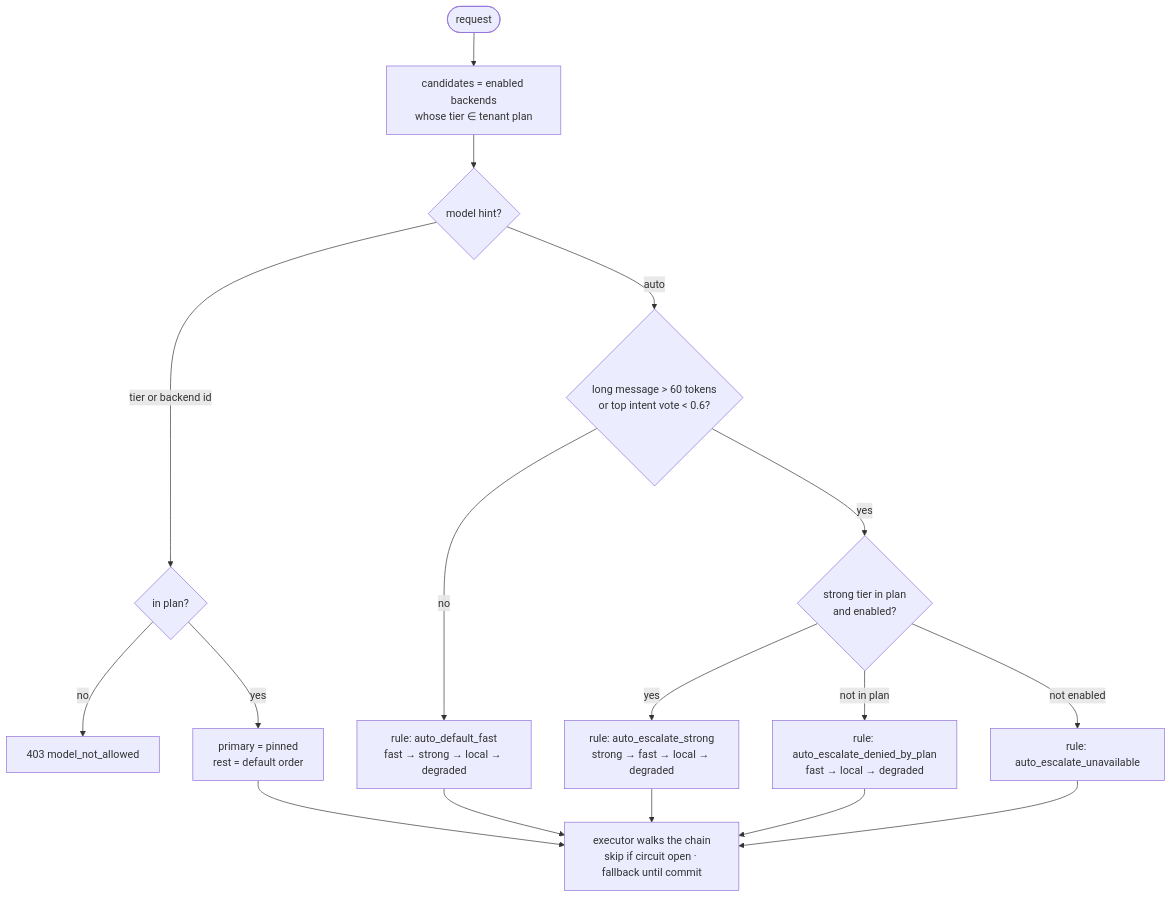
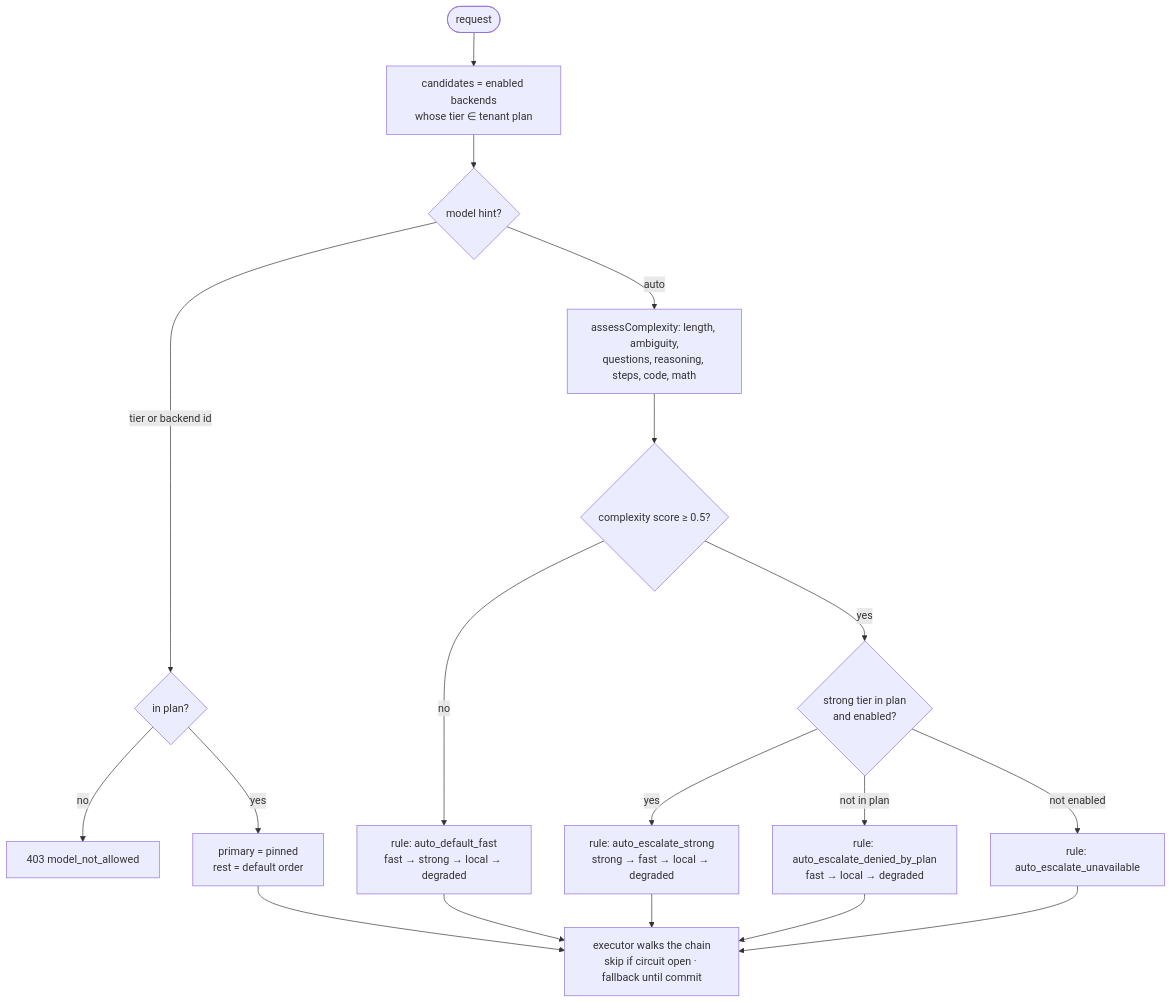
Before and after one commit to fauziridwan1709/nalar-router: the third of 5 diagrams in docs/ARCHITECTURE.md, drawn with Mermaid. The commit also changed other lines of this file and 6 other files, not shown here.

Commit message:
docs: errors reference, code layers, complexity routing and the groq-strong finding

````diff
--- a/docs/ARCHITECTURE.md
+++ b/docs/ARCHITECTURE.md
@@ -109,15 +110,16 @@
 ```mermaid
 flowchart TD
     START([request]) --> ENT["candidates = enabled backends<br/>whose tier ∈ tenant plan"]
     ENT --> HINT{"model hint?"}
     HINT -->|"tier or backend id"| ALLOWED{"in plan?"}
     ALLOWED -->|no| E403["403 model_not_allowed"]
     ALLOWED -->|yes| PIN["primary = pinned<br/>rest = default order"]
-    HINT -->|"auto"| SIG{"long message > 60 tokens<br/>or top intent vote < 0.6?"}
+    HINT -->|"auto"| CX["assessComplexity: length, ambiguity,<br/>questions, reasoning, steps, code, math"]
+    CX --> SIG{"complexity score ≥ 0.5?"}
     SIG -->|no| FAST["rule: auto_default_fast<br/>fast → strong → local → degraded"]
     SIG -->|yes| HAS{"strong tier in plan<br/>and enabled?"}
     HAS -->|yes| STRONG["rule: auto_escalate_strong<br/>strong → fast → local → degraded"]
     HAS -->|"not in plan"| DEN["rule: auto_escalate_denied_by_plan<br/>fast → local → degraded"]
     HAS -->|"not enabled"| UNA["rule: auto_escalate_unavailable"]
     PIN & FAST & STRONG & DEN & UNA --> EXEC["executor walks the chain<br/>skip if circuit open · fallback until commit"]
 ```
````
